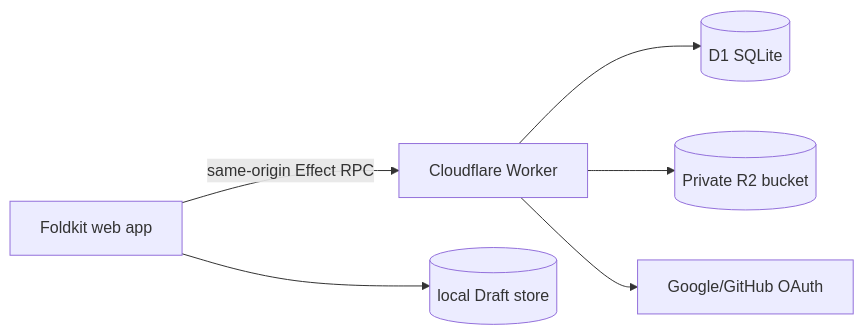
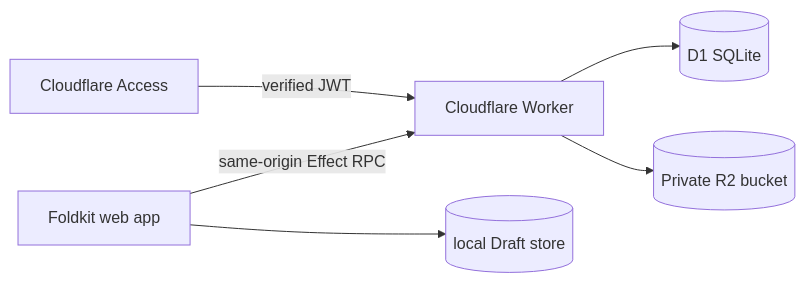
Before and after one commit to SyahrulBhudiF/Dearly: the diagram in docs/plan.md, drawn with Mermaid. The commit also changed other lines of this file and 49 other files, not shown here.

````diff
--- a/docs/plan.md
+++ b/docs/plan.md
@@ -50,8 +50,8 @@
 ```mermaid
 flowchart LR
   Browser[Foldkit web app] -->|same-origin Effect RPC| Worker[Cloudflare Worker]
   Worker --> D1[(D1 SQLite)]
   Worker --> R2[(Private R2 bucket)]
-  Worker --> OAuth[Google/GitHub OAuth]
+  Access[Cloudflare Access] -->|verified JWT| Worker
   Browser --> LocalDraft[(local Draft store)]
 ```
````
